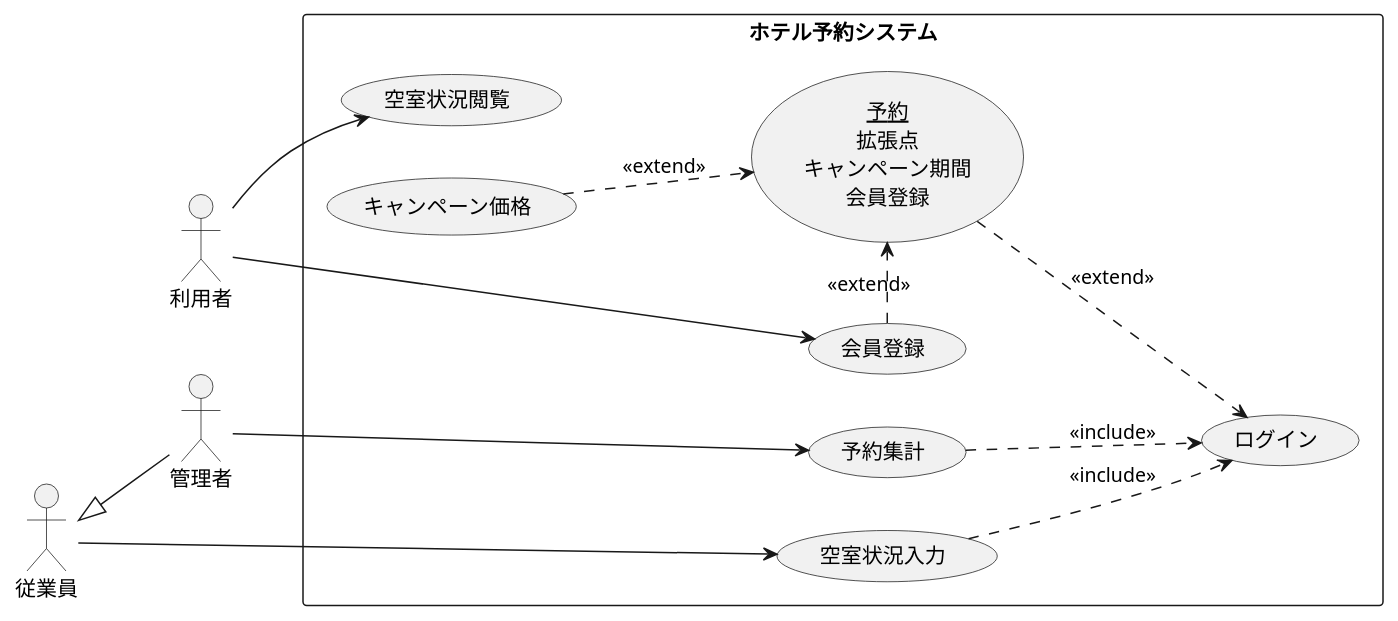
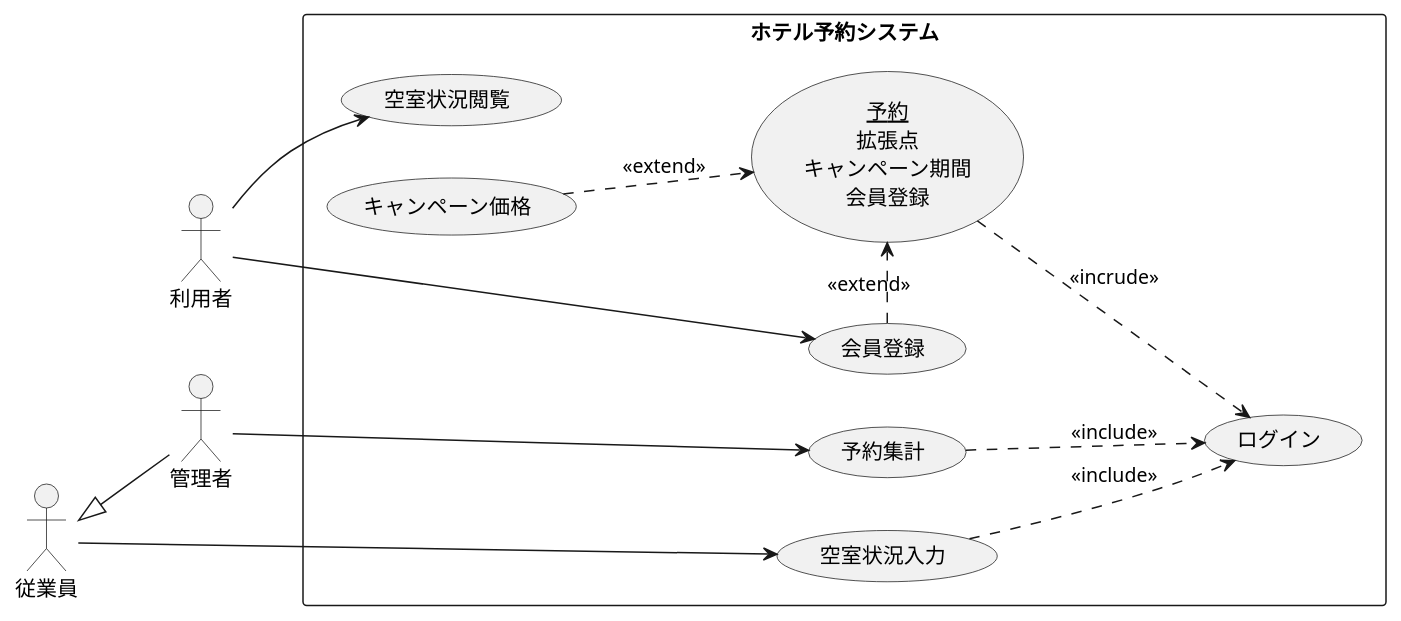
Before and after one commit to h7a31/uml-introduction: the diagram in 演習2-8_UC_ホテル予約システム.pu, drawn with PlantUML.

Commit message:
演習２ー８

```diff
--- a/演習2-8_UC_ホテル予約システム.pu
+++ b/演習2-8_UC_ホテル予約システム.pu
@@ -1,25 +1,25 @@
 @startuml ホテル予約システム
 left to right direction
 actor 利用者
 actor 従業員
 actor 管理者
 rectangle ホテル予約システム{
   usecase 空室状況閲覧
   usecase 空室状況入力
   usecase 会員登録
   usecase 予約集計
   usecase ログイン
   usecase (<u>予約</u>\n拡張点\nキャンペーン期間\n会員登録) as input
   usecase キャンペーン価格
 }
 利用者-->会員登録
 利用者-->空室状況閲覧
 従業員<|--管理者
 管理者--->予約集計
 従業員--->空室状況入力
 会員登録.> input:<< extend >>
-input ..> ログイン:<< extend >>
+input ..> ログイン:<< incrude >>
 キャンペーン価格 ..> input:<< extend >>
 予約集計 ..> ログイン: << include >>
 空室状況入力 ..> ログイン:<< include >>
 @enduml
```
